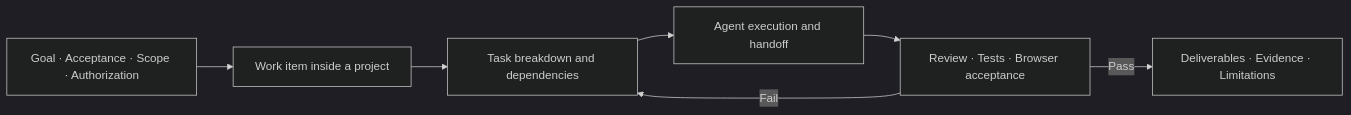
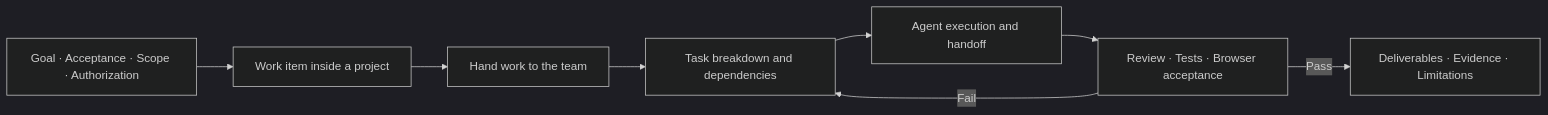
One commit to changhuaqiu/agent-task-team changed the first of 2 diagrams in README.en.md. Above: the diagram before and after it, drawn with Mermaid (dark theme). The commit also changed other lines of this file and 72 other files, not shown here.

````diff
--- a/README.en.md
+++ b/README.en.md
@@ -56,9 +56,10 @@
 ```mermaid
 flowchart LR
   A["Goal · Acceptance · Scope · Authorization"] --> B["Work item inside a project"]
-  B --> C["Task breakdown and dependencies"]
+  B --> S["Hand work to the team"]
+  S --> C["Task breakdown and dependencies"]
   C --> D["Agent execution and handoff"]
   D --> E["Review · Tests · Browser acceptance"]
   E -->|Pass| F["Deliverables · Evidence · Limitations"]
   E -->|Fail| C
 ```
````
